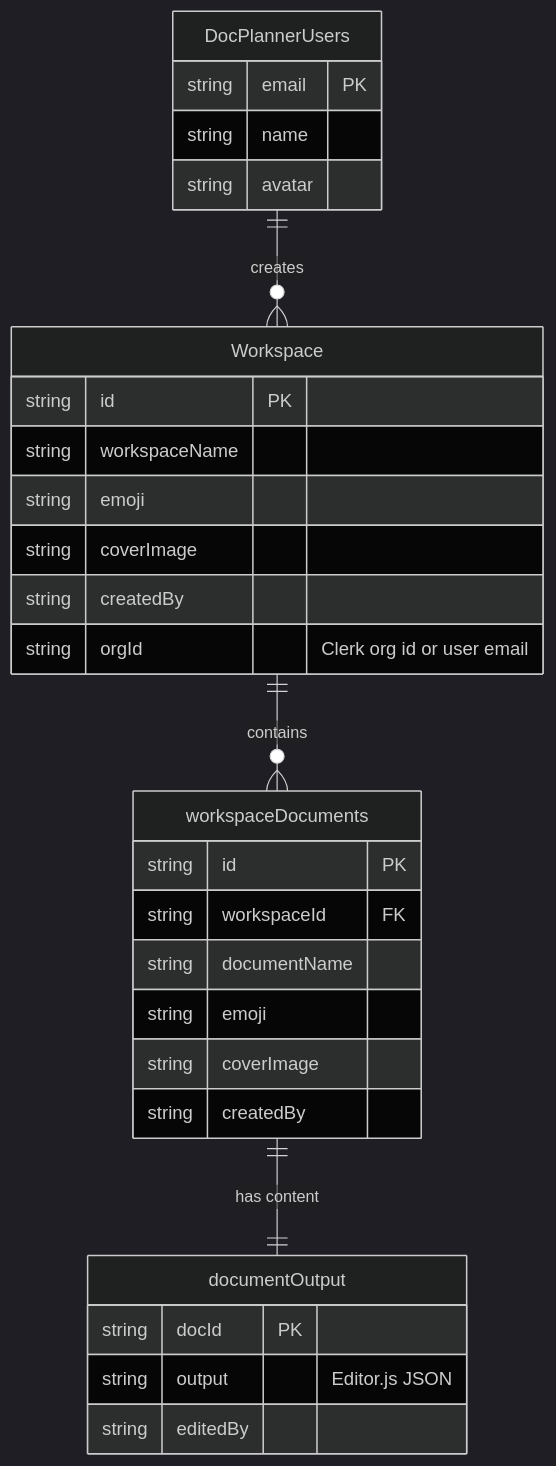
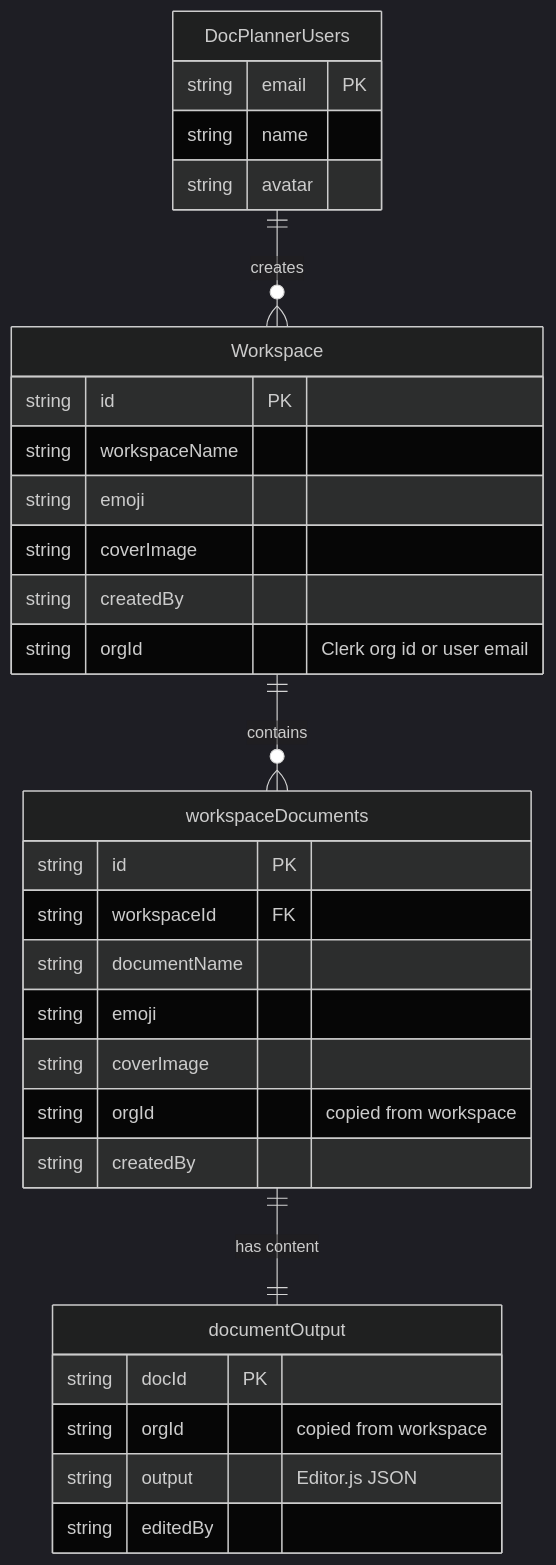
One commit to ethical0101/Document-Planner changed the second of 2 diagrams in README.md. Above: the diagram before and after it, drawn with Mermaid (dark theme). The commit also changed other lines of this file and 23 other files, not shown here.

````diff
--- a/README.md
+++ b/README.md
@@ -344,33 +369,35 @@
 ```mermaid
 erDiagram
     Workspace ||--o{ workspaceDocuments : contains
     workspaceDocuments ||--|| documentOutput : "has content"
     DocPlannerUsers ||--o{ Workspace : creates
 
     Workspace {
         string id PK
         string workspaceName
         string emoji
         string coverImage
         string createdBy
         string orgId "Clerk org id or user email"
     }
     workspaceDocuments {
         string id PK
         string workspaceId FK
         string documentName
         string emoji
         string coverImage
+        string orgId "copied from workspace"
         string createdBy
     }
     documentOutput {
         string docId PK
+        string orgId "copied from workspace"
         string output "Editor.js JSON"
         string editedBy
     }
     DocPlannerUsers {
         string email PK
         string name
         string avatar
     }
 ```
````
